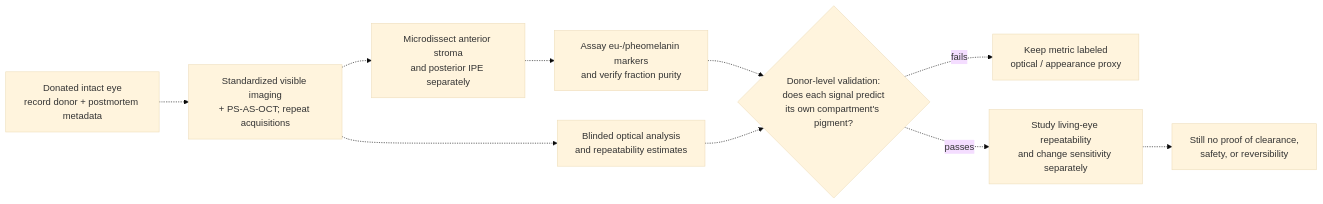
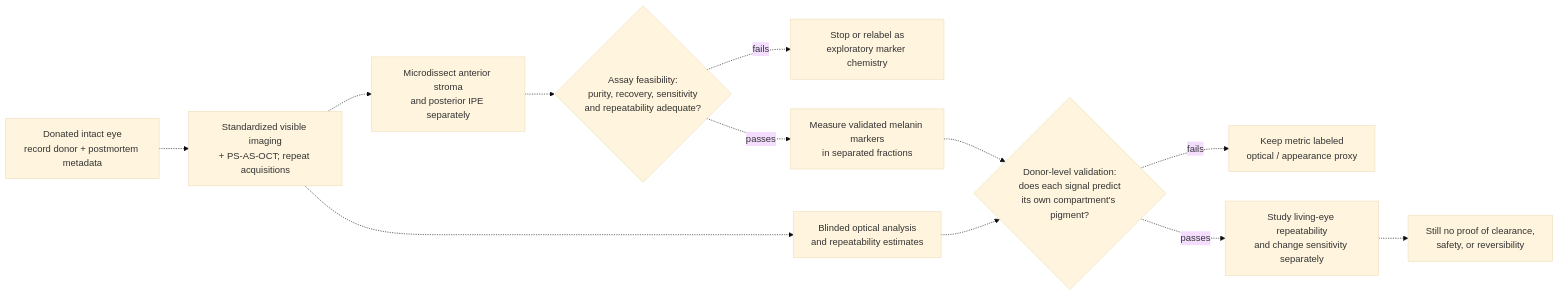
The diagram in research/iris-measurement-validation-proposal.md (dylanstechmann/iris-color-without-contacts), drawn with Mermaid (base theme) before and after one commit. The commit also changed other lines of this file, not shown here.

Commit message:
Add iris fraction and melanin assay feasibility gate

````diff
--- a/research/iris-measurement-validation-proposal.md
+++ b/research/iris-measurement-validation-proposal.md
@@ -56,12 +75,14 @@
 ```mermaid
 flowchart LR
     A["Donated intact eye<br/>record donor + postmortem metadata"] -.-> B["Standardized visible imaging<br/>+ PS-AS-OCT; repeat acquisitions"]
     B -.-> C["Microdissect anterior stroma<br/>and posterior IPE separately"]
-    C -.-> D["Assay eu-/pheomelanin markers<br/>and verify fraction purity"]
+    C -.-> Q{"Assay feasibility:<br/>purity, recovery, sensitivity<br/>and repeatability adequate?"}
+    Q -. "fails" .-> J["Stop or relabel as<br/>exploratory marker chemistry"]
+    Q -. "passes" .-> D["Measure validated melanin markers<br/>in separated fractions"]
     B -.-> E["Blinded optical analysis<br/>and repeatability estimates"]
     D -.-> F{"Donor-level validation:<br/>does each signal predict<br/>its own compartment's pigment?"}
     E -.-> F
     F -. "fails" .-> G["Keep metric labeled<br/>optical / appearance proxy"]
     F -. "passes" .-> H["Study living-eye repeatability<br/>and change sensitivity separately"]
     H -.-> I["Still no proof of clearance,<br/>safety, or reversibility"]
 ```
````
